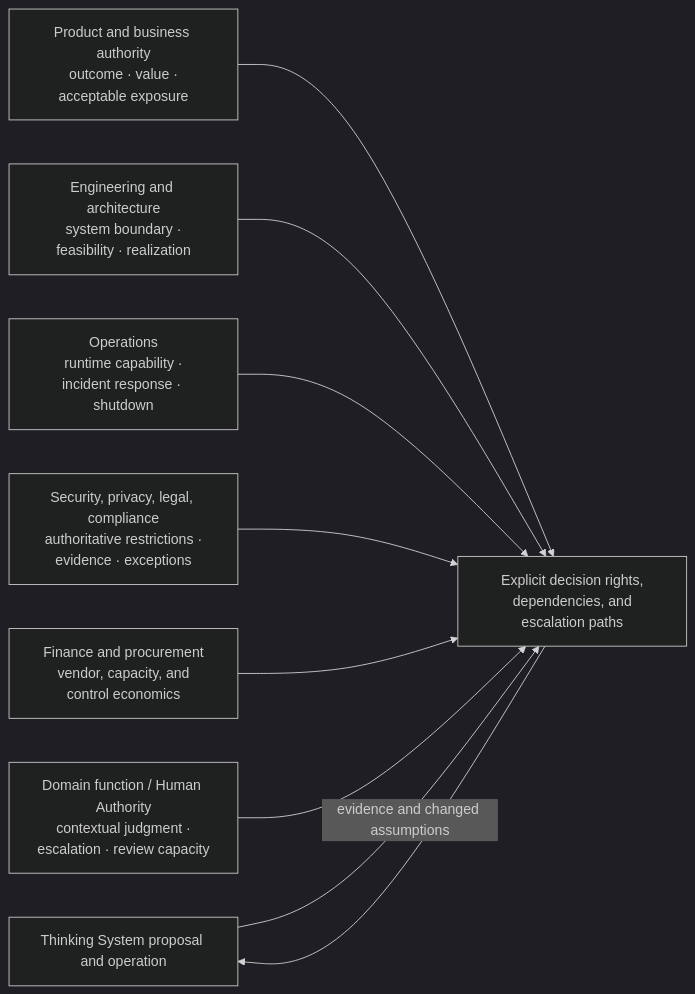
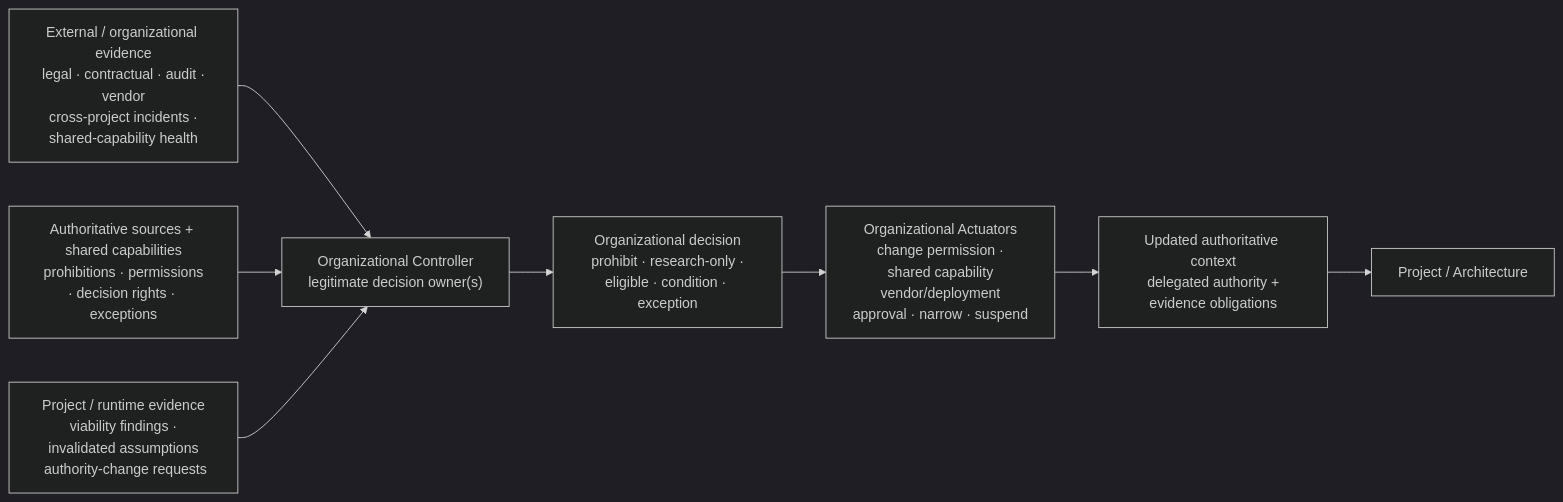
Before and after one commit to UncertaintyArchitectureGroup/uncertainty-architecture: the tenth of 15 diagrams in content/research/notes/open-engineering-specification-article-draft.md, drawn with Mermaid (dark theme). The commit also changed other lines of this file and 1 other file, not shown here.

First line of the commit message:
docs(research): rewrite Section 4 operating map (#71)

````diff
--- a/content/research/notes/open-engineering-specification-article-draft.md
+++ b/content/research/notes/open-engineering-specification-article-draft.md
@@ -527,20 +564,16 @@
 ```mermaid
 flowchart LR
-    TS["Thinking System proposal and operation"]
-    PROD["Product and business authority<br/> outcome · value · acceptable exposure"]
-    ENG["Engineering and architecture<br/> system boundary · feasibility · realization"]
-    OPS["Operations<br/> runtime capability · incident response · shutdown"]
-    SEC["Security, privacy, legal, compliance<br/> authoritative restrictions · evidence · exceptions"]
-    FIN["Finance and procurement<br/> vendor, capacity, and control economics"]
-    DOM["Domain function / Human Authority<br/> contextual judgment · escalation · review capacity"]
-    RIGHTS["Explicit decision rights,<br/> dependencies, and escalation paths"]
+    EXT["External / organizational evidence<br/> legal · contractual · audit · vendor<br/> cross-project incidents · shared-capability health"]
+    AUTH["Authoritative sources + shared capabilities<br/> prohibitions · permissions · decision rights · exceptions"]
+    LOW["Project / runtime evidence<br/> viability findings · invalidated assumptions<br/> authority-change requests"]
+    C["Organizational Controller<br/> legitimate decision owner(s)"]
+    D["Organizational decision<br/> prohibit · research-only · eligible · condition · exception"]
+    A["Organizational Actuators<br/> change permission · shared capability<br/> vendor/deployment approval · narrow · suspend"]
+    OUT["Updated authoritative context<br/> delegated authority + evidence obligations"]
+    P["Project / Architecture"]
 
-    PROD --> RIGHTS
-    ENG --> RIGHTS
-    OPS --> RIGHTS
-    SEC --> RIGHTS
-    FIN --> RIGHTS
-    DOM --> RIGHTS
-    RIGHTS --> TS
-    TS -->|evidence and changed assumptions| RIGHTS
+    EXT --> C
+    AUTH --> C
+    LOW --> C
+    C --> D --> A --> OUT --> P
 ```
````
